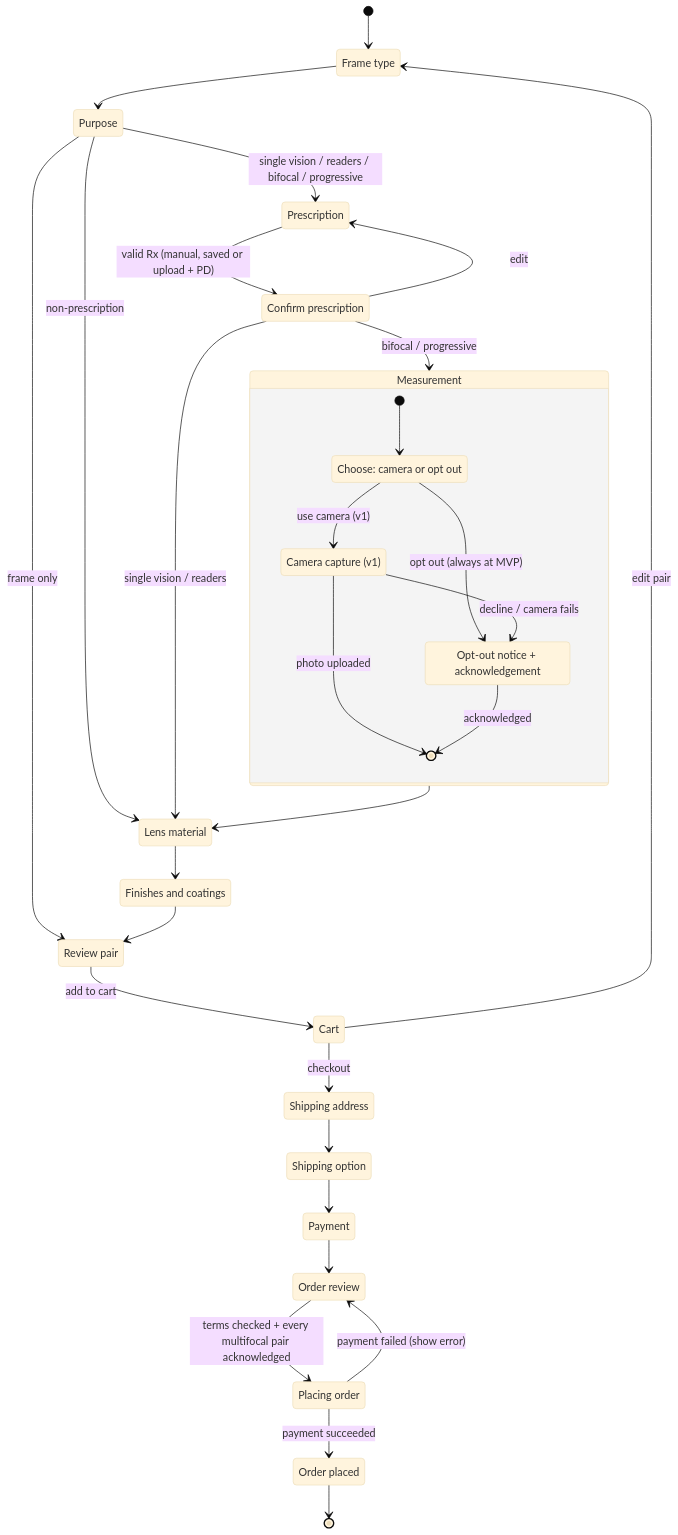
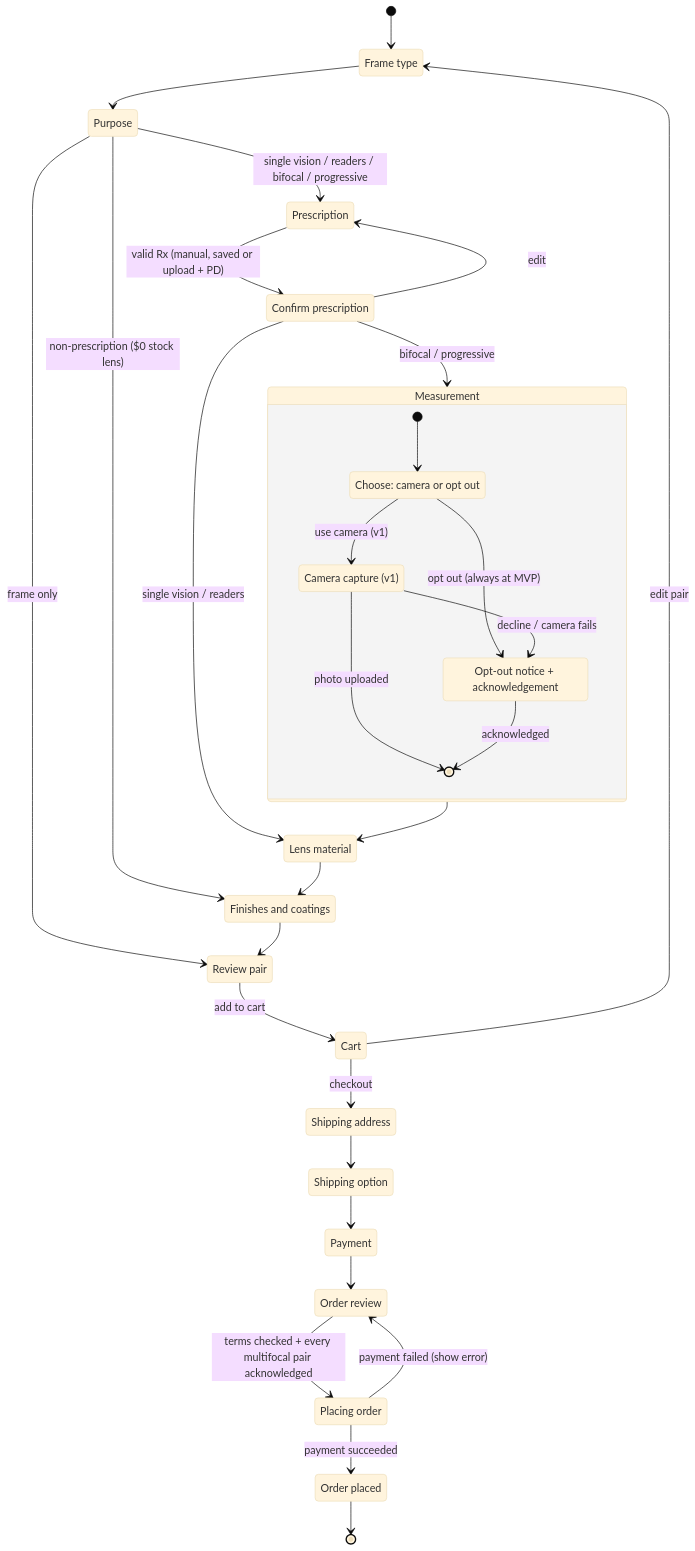
Before and after one commit to jocuri0427/DonFiel: the fourth of 7 diagrams in project_scope.md, drawn with Mermaid (base theme). The commit also changed other lines of this file, not shown here.

````diff
--- a/project_scope.md
+++ b/project_scope.md
@@ -850,51 +872,51 @@
 ```mermaid
 stateDiagram-v2
     state "Frame type" as FrameType
     state "Purpose" as Purpose
     state "Prescription" as Rx
     state "Confirm prescription" as ConfirmRx
     state "Measurement" as Measure {
         state "Choose: camera or opt out" as Choose
         state "Camera capture (v1)" as Camera
         state "Opt-out notice + acknowledgement" as OptOut
         [*] --> Choose
         Choose --> Camera: use camera (v1)
         Choose --> OptOut: opt out (always at MVP)
         Camera --> OptOut: decline / camera fails
         Camera --> [*]: photo uploaded
         OptOut --> [*]: acknowledged
     }
     state "Lens material" as Material
     state "Finishes and coatings" as Finishes
     state "Review pair" as ReviewPair
     state "Cart" as Cart
     state "Shipping address" as Address
     state "Shipping option" as Ship
     state "Payment" as Pay
     state "Order review" as Review
     state "Placing order" as Placing
     state "Order placed" as Done
 
     [*] --> FrameType
     FrameType --> Purpose
     Purpose --> ReviewPair: frame only
-    Purpose --> Material: non-prescription
+    Purpose --> Finishes: non-prescription ($0 stock lens)
     Purpose --> Rx: single vision / readers / bifocal / progressive
     Rx --> ConfirmRx: valid Rx (manual, saved or upload + PD)
     ConfirmRx --> Rx: edit
     ConfirmRx --> Measure: bifocal / progressive
     ConfirmRx --> Material: single vision / readers
     Measure --> Material
     Material --> Finishes
     Finishes --> ReviewPair
     ReviewPair --> Cart: add to cart
     Cart --> FrameType: edit pair
     Cart --> Address: checkout
     Address --> Ship
     Ship --> Pay
     Pay --> Review
     Review --> Placing: terms checked + every multifocal pair acknowledged
     Placing --> Done: payment succeeded
     Placing --> Review: payment failed (show error)
     Done --> [*]
 ```
````
